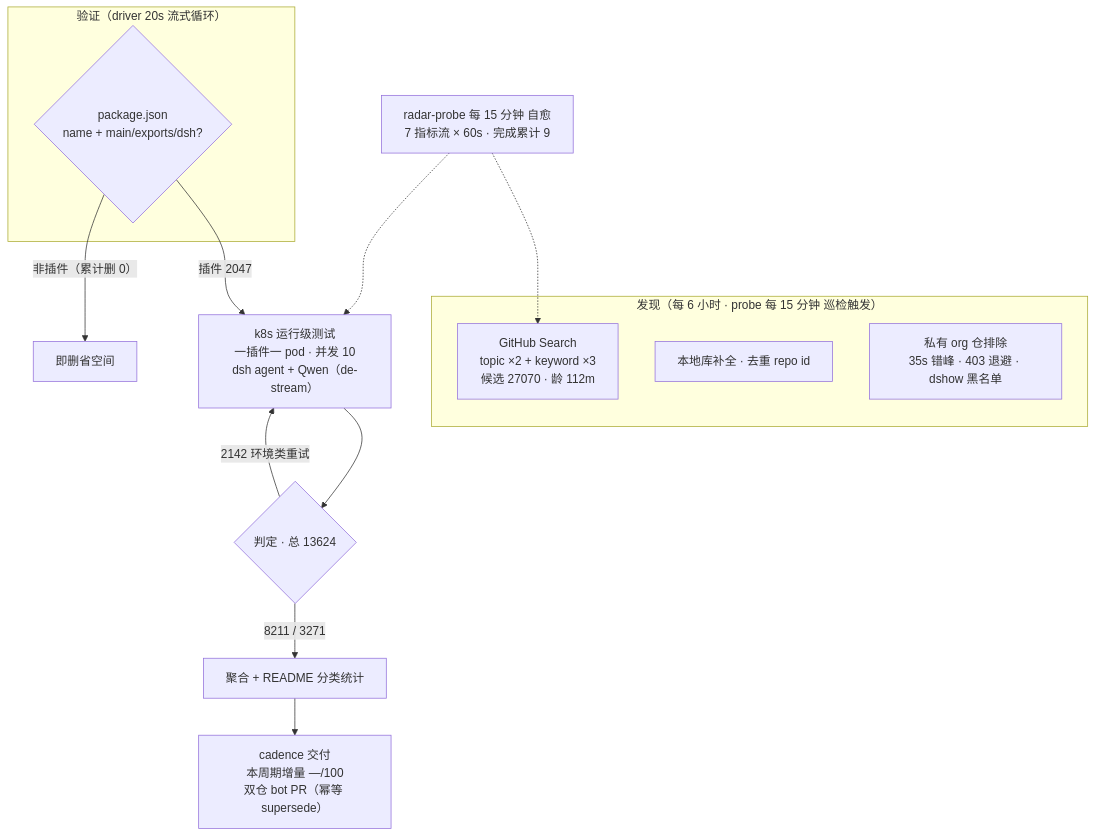
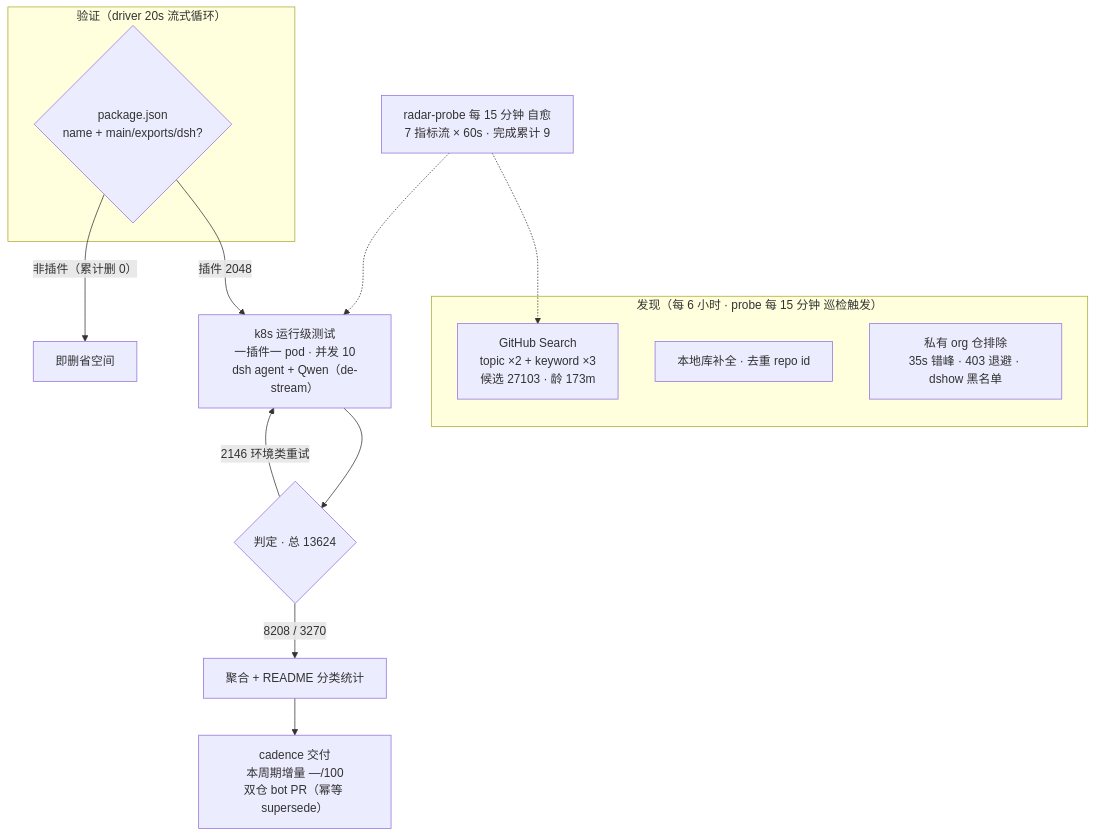
One commit to Zhidao-Lab-OSS/awesome-dsh-plugins changed the diagram in README.md. Above: the diagram before and after it, drawn with Mermaid. The commit also changed other lines of this file and 1 other file, not shown here.

````diff
--- a/README.md
+++ b/README.md
@@ -54,20 +54,20 @@
 ```mermaid
 flowchart TB
     subgraph Discovery["发现（每 6 小时 · probe 每 15 分钟 巡检触发）"]
-        A1["GitHub Search<br/>topic ×2 + keyword ×3<br/>候选 27070 · 龄 112m"]
+        A1["GitHub Search<br/>topic ×2 + keyword ×3<br/>候选 27103 · 龄 173m"]
         A2["本地库补全 · 去重 repo id"]
         A3["私有 org 仓排除<br/>35s 错峰 · 403 退避 · dshow 黑名单"]
     end
     subgraph Validation["验证（driver 20s 流式循环）"]
         B1{"package.json<br/>name + main/exports/dsh?"}
     end
-    B1 -->|"插件 2047"| C1["k8s 运行级测试<br/>一插件一 pod · 并发 10<br/>dsh agent + Qwen（de-stream）"]
+    B1 -->|"插件 2048"| C1["k8s 运行级测试<br/>一插件一 pod · 并发 10<br/>dsh agent + Qwen（de-stream）"]
     B1 -->|"非插件（累计删 0）"| B3["即删省空间"]
     C1 --> D1{"判定 · 总 13624"}
-    D1 -->|"8211 / 3271"| E1["聚合 + README 分类统计"]
-    D1 -->|"2142 环境类重试"| C1
+    D1 -->|"8208 / 3270"| E1["聚合 + README 分类统计"]
+    D1 -->|"2146 环境类重试"| C1
     E1 --> E2["cadence 交付<br/>本周期增量 —/100<br/>双仓 bot PR（幂等 supersede）"]
     M["radar-probe 每 15 分钟 自愈<br/>7 指标流 × 60s · 完成累计 9"]
     M -.-> A1
     M -.-> C1
 ```
````
